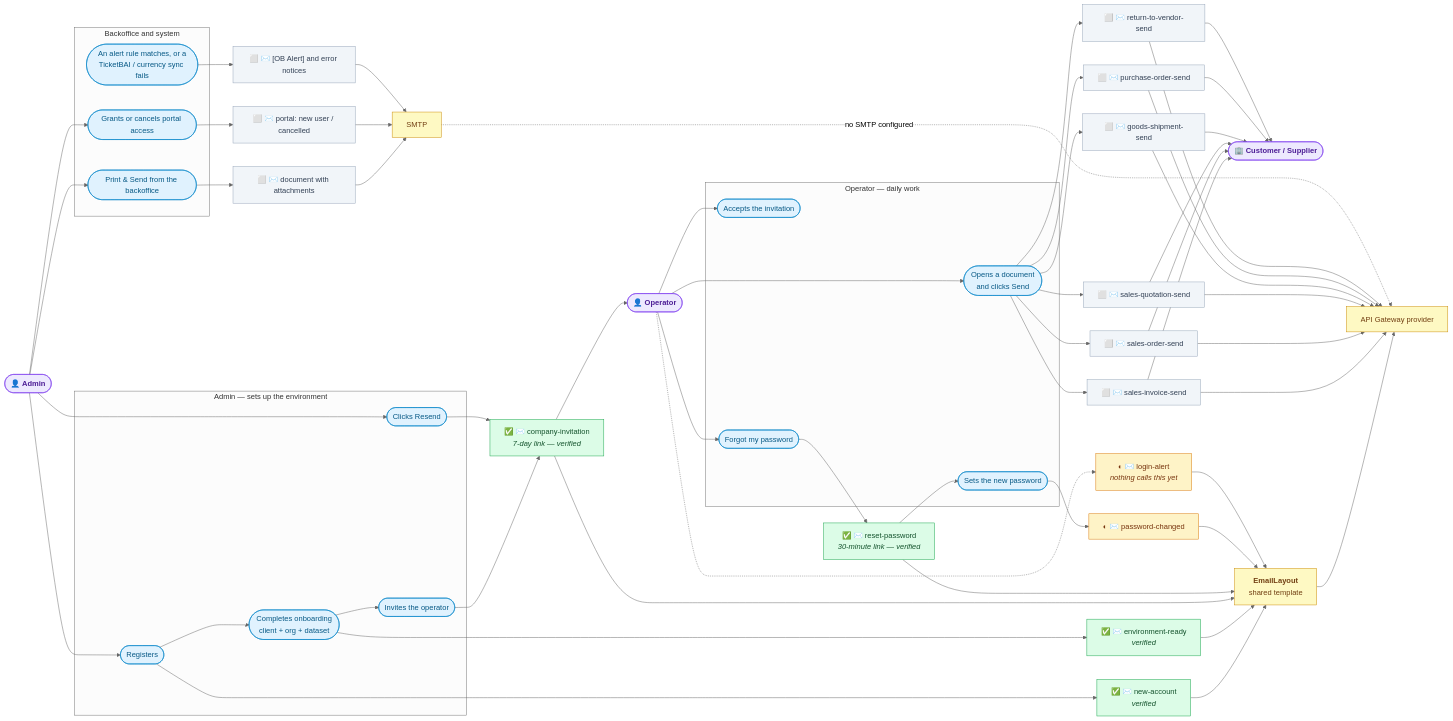
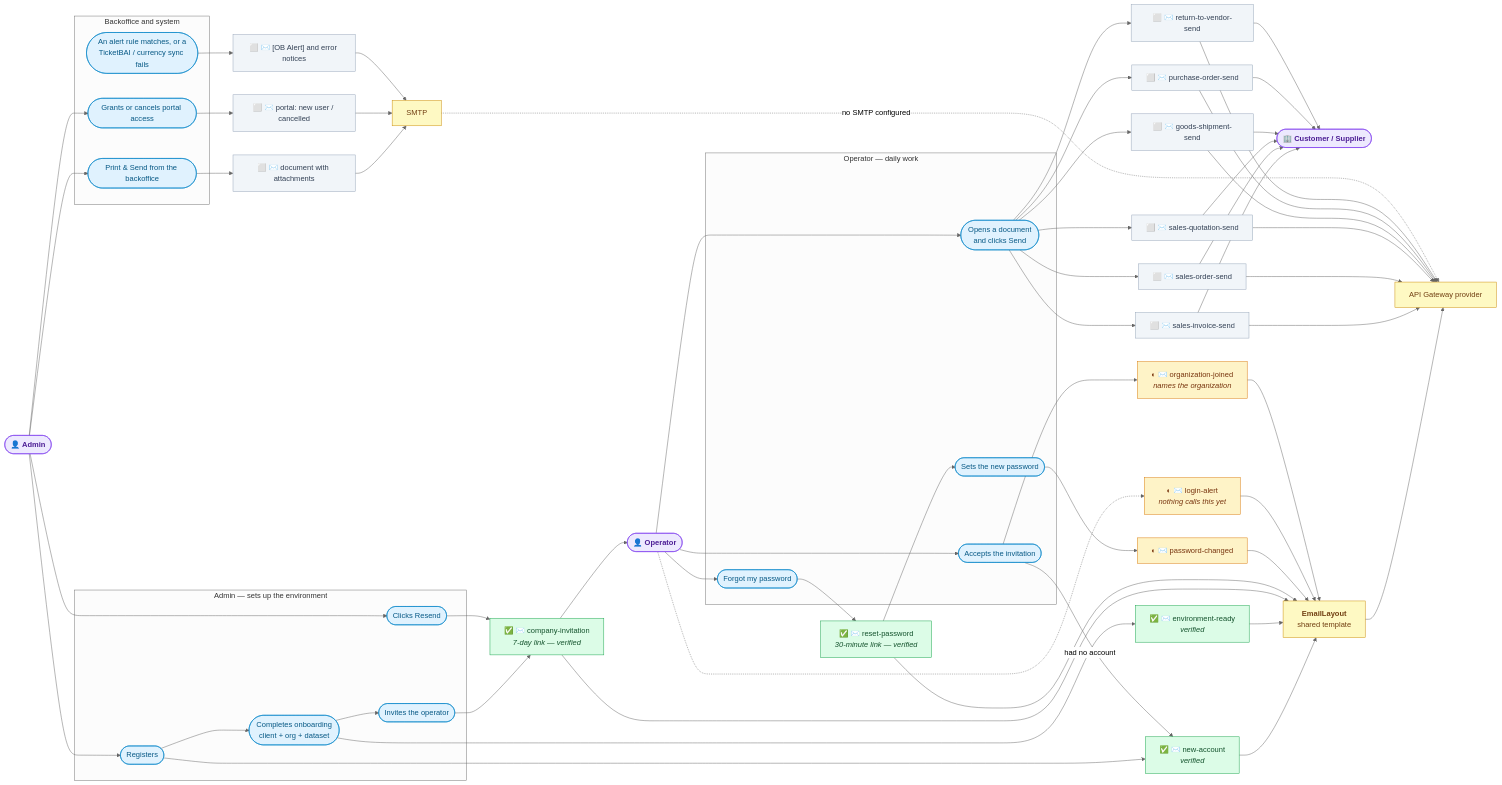
Before and after one commit to etendosoftware/etendo_schema_forge: the diagram in docs/email-inventory.md, drawn with Mermaid (neutral theme). The commit also changed other lines of this file and 2 other files, not shown here.

First line of the commit message:
Feature ETP-5003: Add the organization-joined email to the docs and map

```diff
--- a/docs/email-inventory.md
+++ b/docs/email-inventory.md
@@ -53,6 +53,7 @@
   M4["✅ ✉️ reset-password<br/><i>30-minute link — verified</i>"]
   M5["◐ ✉️ password-changed"]
   M6["◐ ✉️ login-alert<br/><i>nothing calls this yet</i>"]
+  M7["◐ ✉️ organization-joined<br/><i>names the organization</i>"]
   D1["⬜ ✉️ sales-invoice-send"]
   D2["⬜ ✉️ sales-order-send"]
   D3["⬜ ✉️ sales-quotation-send"]
@@ -74,6 +75,8 @@
   M3 --> OPER
 
   OPER --> O1
+  O1 -- "had no account" --> M1
+  O1 --> M7
   OPER --> O2 --> M4 --> O3 --> M5
   OPER -.-> M6
   OPER --> O4
@@ -84,7 +87,7 @@
   ADMIN --> K2 --> C2
   K3 --> C3
 
-  M1 & M2 & M3 & M4 & M5 & M6 --> LAYOUT --> PROVIDER
+  M1 & M2 & M3 & M4 & M5 & M6 & M7 --> LAYOUT --> PROVIDER
   D1 & D2 & D3 & D4 & D5 & D6 --> PROVIDER
   C1 & C2 & C3 --> SMTP
   SMTP -. "no SMTP configured" .-> PROVIDER
@@ -96,7 +99,7 @@
   classDef who fill:#ede9fe,stroke:#7c3aed,color:#4c1d95
   classDef hub fill:#fef9c3,stroke:#ca8a04,color:#713f12
   class M1,M2,M3,M4 verified
-  class M5,M6 migrated
+  class M5,M6,M7 migrated
   class D1,D2,D3,D4,D5,D6,C1,C2,C3 todo
   class A1,A2,A3,A4,O1,O2,O3,O4,K1,K2,K3 act
   class ADMIN,OPER,PARTY who
```
